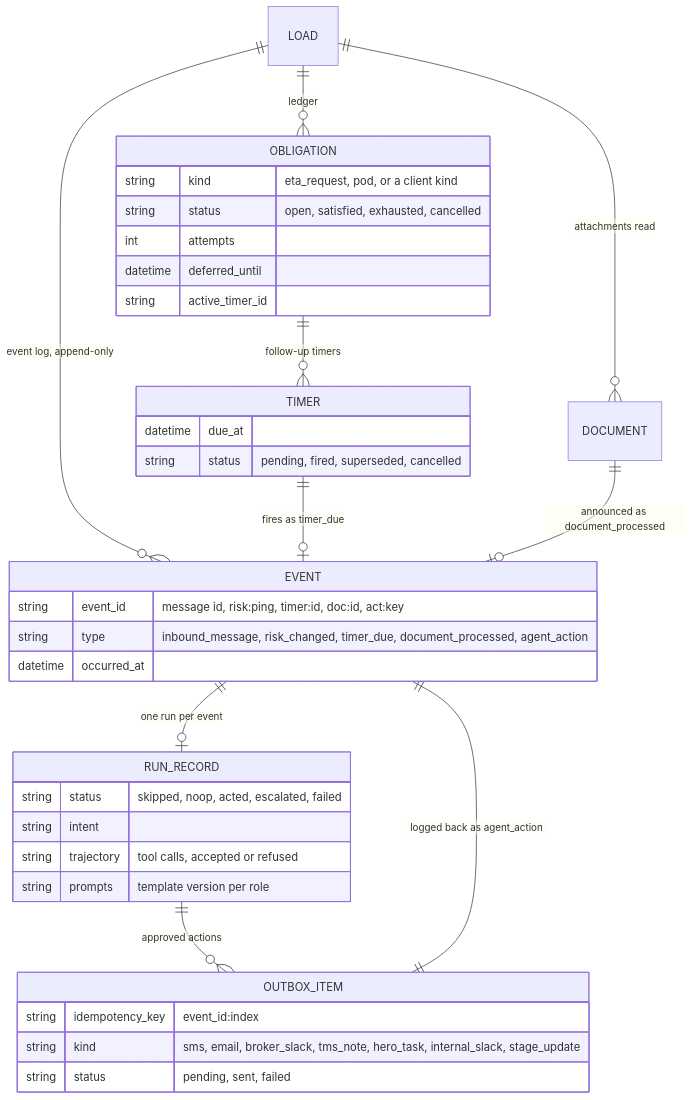
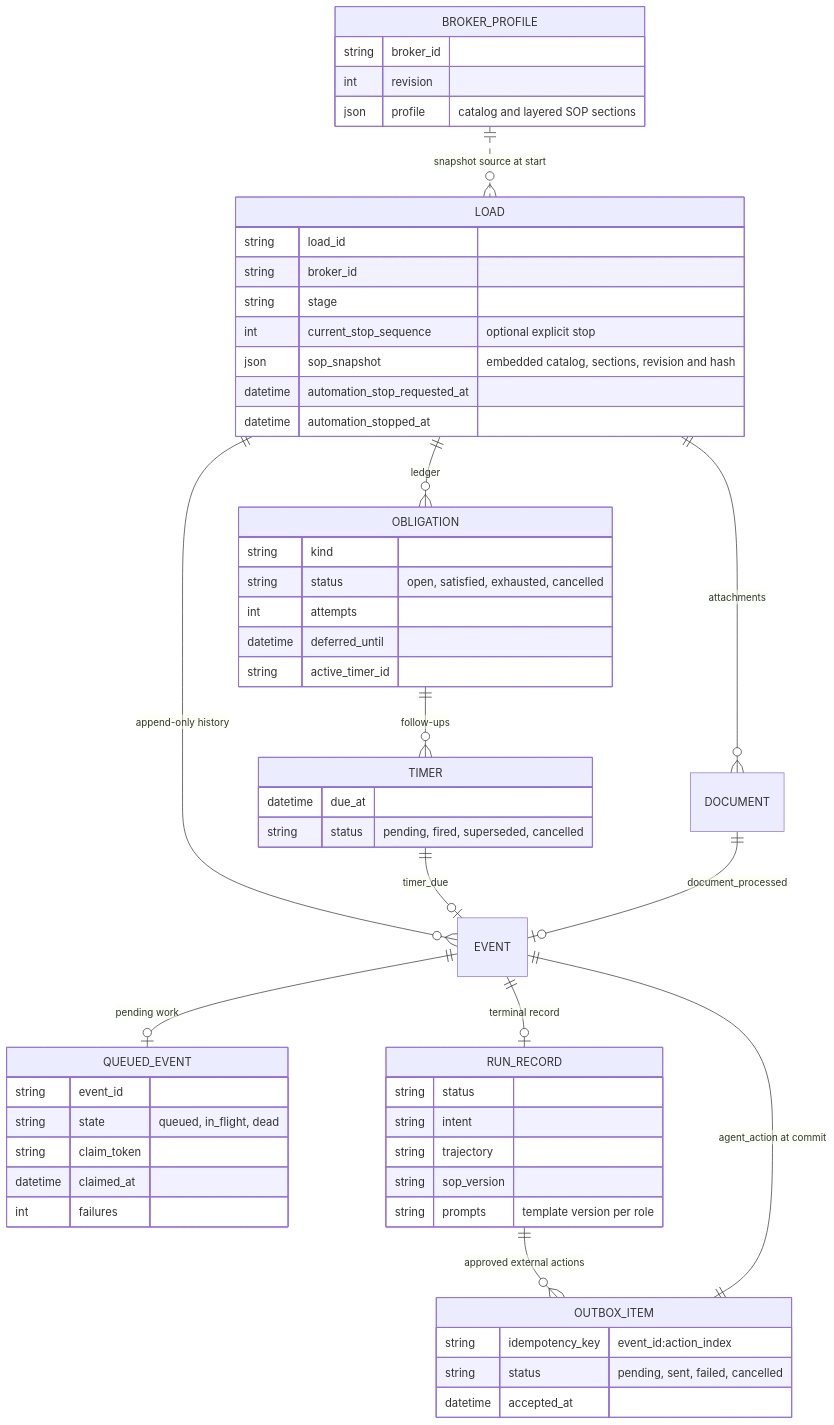
Before and after one commit to pedrocwb/freight-hero-assessment: the fifth of 14 diagrams in docs/architecture.md, drawn with Mermaid. The commit also changed other lines of this file and 1 other file, not shown here.

Commit message:
docs: redraw architecture diagrams for durable broker operations

````diff
--- a/docs/architecture.md
+++ b/docs/architecture.md
@@ -210,40 +215,59 @@
 ```mermaid
 erDiagram
-  LOAD ||--o{ EVENT : "event log, append-only"
+  BROKER_PROFILE ||..o{ LOAD : "snapshot source at start"
+  LOAD ||--o{ EVENT : "append-only history"
   LOAD ||--o{ OBLIGATION : "ledger"
-  OBLIGATION ||--o{ TIMER : "follow-up timers"
-  LOAD ||--o{ DOCUMENT : "attachments read"
-  EVENT ||--o| RUN_RECORD : "one run per event"
-  RUN_RECORD ||--o{ OUTBOX_ITEM : "approved actions"
-  OUTBOX_ITEM ||--|| EVENT : "logged back as agent_action"
-  TIMER ||--o| EVENT : "fires as timer_due"
-  DOCUMENT ||--o| EVENT : "announced as document_processed"
+  LOAD ||--o{ DOCUMENT : "attachments"
+  EVENT ||--o| QUEUED_EVENT : "pending work"
+  EVENT ||--o| RUN_RECORD : "terminal record"
+  OBLIGATION ||--o{ TIMER : "follow-ups"
+  RUN_RECORD ||--o{ OUTBOX_ITEM : "approved external actions"
+  OUTBOX_ITEM ||--|| EVENT : "agent_action at commit"
+  TIMER ||--o| EVENT : "timer_due"
+  DOCUMENT ||--o| EVENT : "document_processed"
 
-  EVENT {
-    string event_id "message id, risk:ping, timer:id, doc:id, act:key"
-    string type "inbound_message, risk_changed, timer_due, document_processed, agent_action"
-    datetime occurred_at
+  BROKER_PROFILE {
+    string broker_id
+    int revision
+    json profile "catalog and layered SOP sections"
+  }
+  LOAD {
+    string load_id
+    string broker_id
+    string stage
+    int current_stop_sequence "optional explicit stop"
+    json sop_snapshot "embedded catalog, sections, revision and hash"
+    datetime automation_stop_requested_at
+    datetime automation_stopped_at
+  }
+  QUEUED_EVENT {
+    string event_id
+    string state "queued, in_flight, dead"
+    string claim_token
+    datetime claimed_at
+    int failures
   }
   OBLIGATION {
-    string kind "eta_request, pod, or a client kind"
+    string kind
     string status "open, satisfied, exhausted, cancelled"
     int attempts
     datetime deferred_until
     string active_timer_id
   }
   TIMER {
     datetime due_at
     string status "pending, fired, superseded, cancelled"
   }
   OUTBOX_ITEM {
-    string idempotency_key "event_id:index"
-    string kind "sms, email, broker_slack, tms_note, hero_task, internal_slack, stage_update"
-    string status "pending, sent, failed"
+    string idempotency_key "event_id:action_index"
+    string status "pending, sent, failed, cancelled"
+    datetime accepted_at
   }
   RUN_RECORD {
-    string status "skipped, noop, acted, escalated, failed"
+    string status
     string intent
-    string trajectory "tool calls, accepted or refused"
+    string trajectory
+    string sop_version
     string prompts "template version per role"
   }
 ```
````
